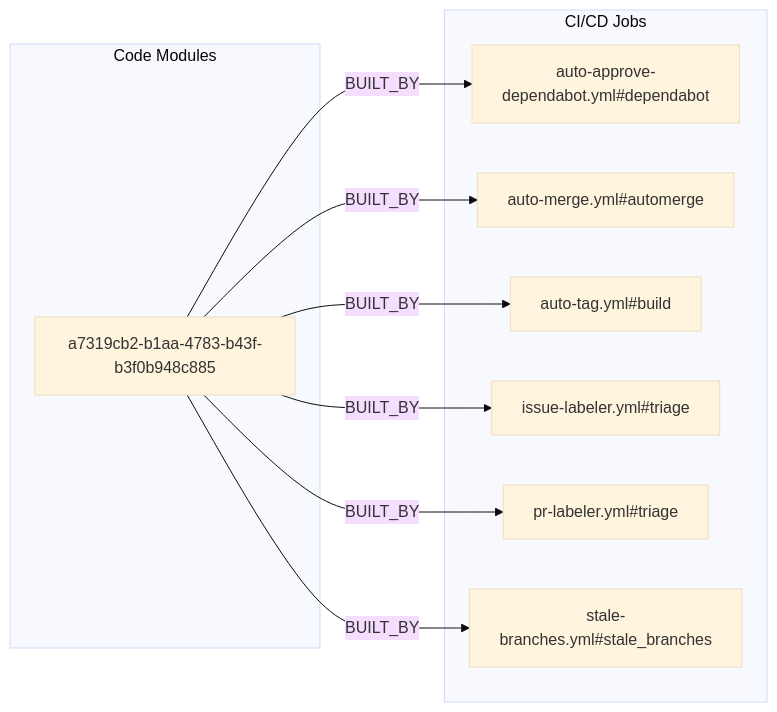
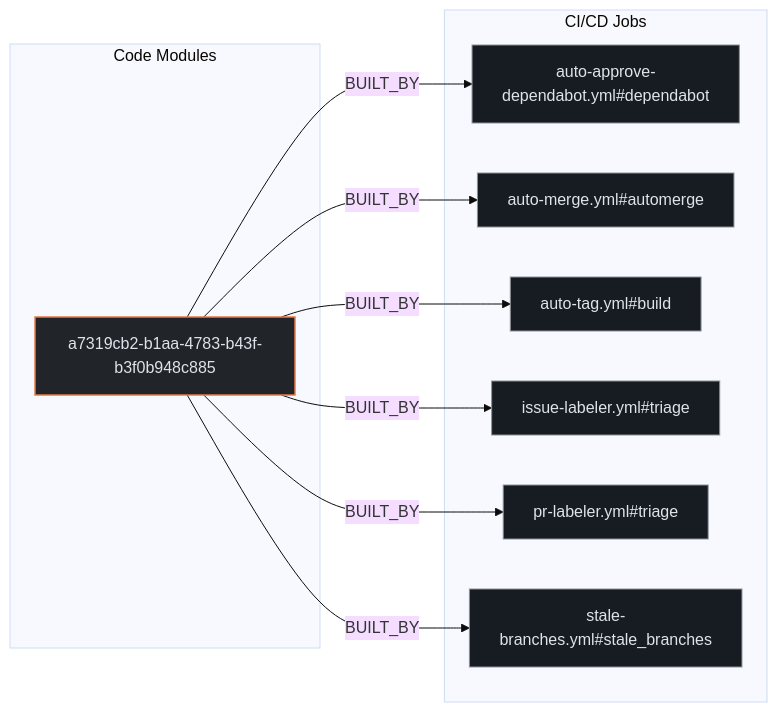
One commit to kumarshaz/atruss-code-atlas changed the second of 3 diagrams in exports/latest/reports/grafana-alloy-modules-report.md. Above: the diagram before and after it, drawn with Mermaid (base theme). The commit also changed other lines of this file and 331 other files, not shown here.

Commit message:
docs,ui,fix: update SDLC docs, reorder CI/CD DAG first, stylize Mermaid, and fix Arc42 pipeline topology

````diff
--- a/exports/latest/reports/grafana-alloy-modules-report.md
+++ b/exports/latest/reports/grafana-alloy-modules-report.md
@@ -79,20 +86,24 @@
 ```mermaid
 flowchart LR
+    classDef atlasCategory fill:#212428,stroke:#E87A48,stroke-width:1.5px,color:#dfe3eb
+    classDef atlasWorkflow fill:#1b2026,stroke:#a3c9ff,stroke-width:1.5px,color:#dfe3eb
+    classDef atlasJob fill:#171c22,stroke:#8d9199,stroke-width:1px,color:#dfe3eb
+    classDef atlasTarget fill:#005227,stroke:#8bd99b,stroke-width:1.5px,color:#a7f6b6
     subgraph code_modules["Code Modules"]
-        mod_a7319cb2_b1aa_4783_b43f_b3f0b948c885["a7319cb2-b1aa-4783-b43f-b3f0b948c885"]
+        mod_a7319cb2_b1aa_4783_b43f_b3f0b948c885["a7319cb2-b1aa-4783-b43f-b3f0b948c885"]:::atlasCategory
     end
     subgraph ci_jobs["CI/CD Jobs"]
-        job_auto_approve_dependabot_yml_dependabot["auto-approve-dependabot.yml#dependabot"]
-        job_auto_merge_yml_automerge["auto-merge.yml#automerge"]
-        job_auto_tag_yml_build["auto-tag.yml#build"]
-        job_issue_labeler_yml_triage["issue-labeler.yml#triage"]
-        job_pr_labeler_yml_triage["pr-labeler.yml#triage"]
-        job_stale_branches_yml_stale_branches["stale-branches.yml#stale_branches"]
+        job_auto_approve_dependabot_yml_dependabot["auto-approve-dependabot.yml#dependabot"]:::atlasJob
+        job_auto_merge_yml_automerge["auto-merge.yml#automerge"]:::atlasJob
+        job_auto_tag_yml_build["auto-tag.yml#build"]:::atlasJob
+        job_issue_labeler_yml_triage["issue-labeler.yml#triage"]:::atlasJob
+        job_pr_labeler_yml_triage["pr-labeler.yml#triage"]:::atlasJob
+        job_stale_branches_yml_stale_branches["stale-branches.yml#stale_branches"]:::atlasJob
     end
     mod_a7319cb2_b1aa_4783_b43f_b3f0b948c885 -->|BUILT_BY| job_auto_approve_dependabot_yml_dependabot
     mod_a7319cb2_b1aa_4783_b43f_b3f0b948c885 -->|BUILT_BY| job_auto_merge_yml_automerge
     mod_a7319cb2_b1aa_4783_b43f_b3f0b948c885 -->|BUILT_BY| job_auto_tag_yml_build
     mod_a7319cb2_b1aa_4783_b43f_b3f0b948c885 -->|BUILT_BY| job_issue_labeler_yml_triage
     mod_a7319cb2_b1aa_4783_b43f_b3f0b948c885 -->|BUILT_BY| job_pr_labeler_yml_triage
     mod_a7319cb2_b1aa_4783_b43f_b3f0b948c885 -->|BUILT_BY| job_stale_branches_yml_stale_branches
 ```
````
